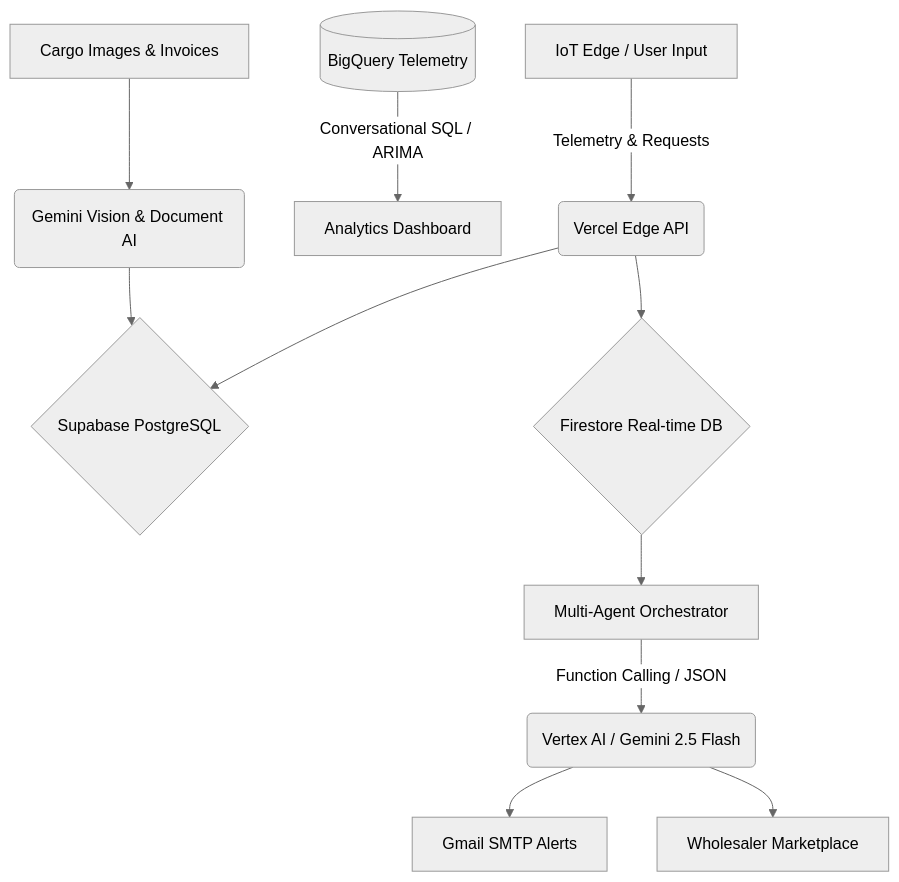
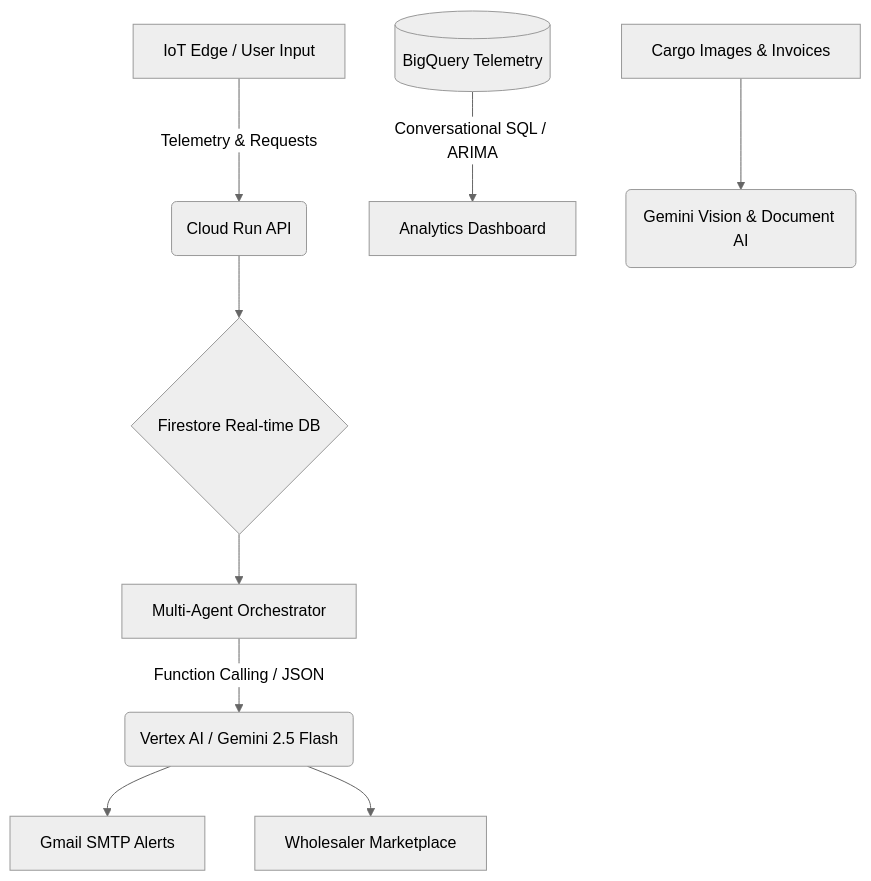
The diagram in README.md (sumitsaraswat362/Annapurna-Gemini-APAC), drawn with Mermaid (neutral theme) before and after one commit. The commit also changed other lines of this file and 5 other files, not shown here.

Commit message:
docs: promote Cloud Run and Firestore to Tier 1 core integrations in landing page and README

````diff
--- a/README.md
+++ b/README.md
@@ -104,13 +104,11 @@
 ```mermaid
 graph TD
-    A[IoT Edge / User Input] -->|Telemetry & Requests| B(Vercel Edge API)
-    B --> C{Supabase PostgreSQL}
-    B --> D{Firestore Real-time DB}
-    D --> E[Multi-Agent Orchestrator]
+    A[IoT Edge / User Input] -->|Telemetry & Requests| B(Cloud Run API)
+    B --> C{Firestore Real-time DB}
+    C --> E[Multi-Agent Orchestrator]
     E -->|Function Calling / JSON| F(Vertex AI / Gemini 2.5 Flash)
     F --> G[Gmail SMTP Alerts]
     F --> H[Wholesaler Marketplace]
     I[(BigQuery Telemetry)] -->|Conversational SQL / ARIMA| J[Analytics Dashboard]
     K[Cargo Images & Invoices] --> L(Gemini Vision & Document AI)
-    L --> C
 ```
````
